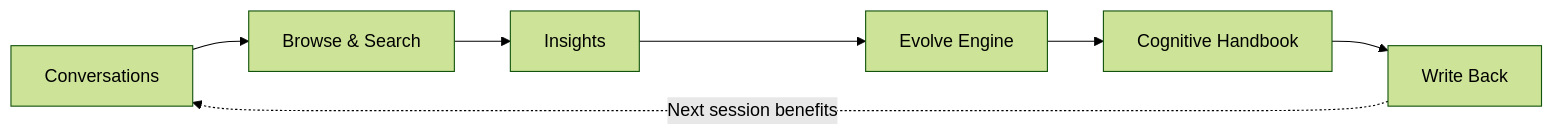
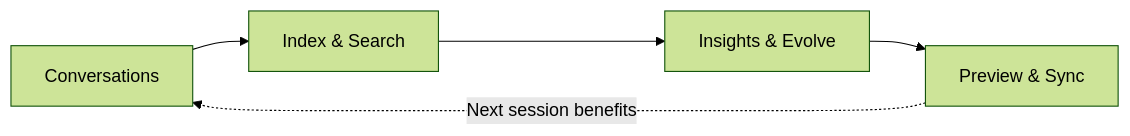
The diagram in README_EN.md (QuantaAlpha/Distill_Yourself), drawn with Mermaid (forest theme) before and after one commit. The commit also changed other lines of this file and 1 other file, not shown here.

````diff
--- a/README_EN.md
+++ b/README_EN.md
@@ -53,9 +144,7 @@
 ```mermaid
 flowchart LR
-    A[Conversations] --> B[Browse & Search]
-    B --> C[Insights]
-    C --> D[Evolve Engine]
-    D --> E[Cognitive Handbook]
-    E --> F[Write Back]
-    F -.->|Next session benefits| A
+    A[Conversations] --> B[Index & Search]
+    B --> C[Insights & Evolve]
+    C --> D[Preview & Sync]
+    D -.->|Next session benefits| A
 ```
````
